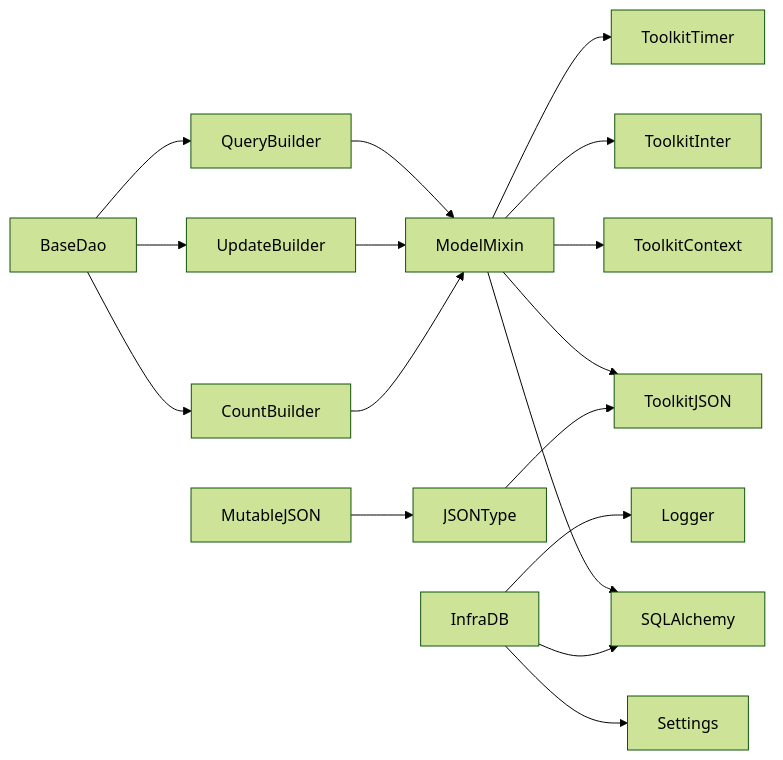
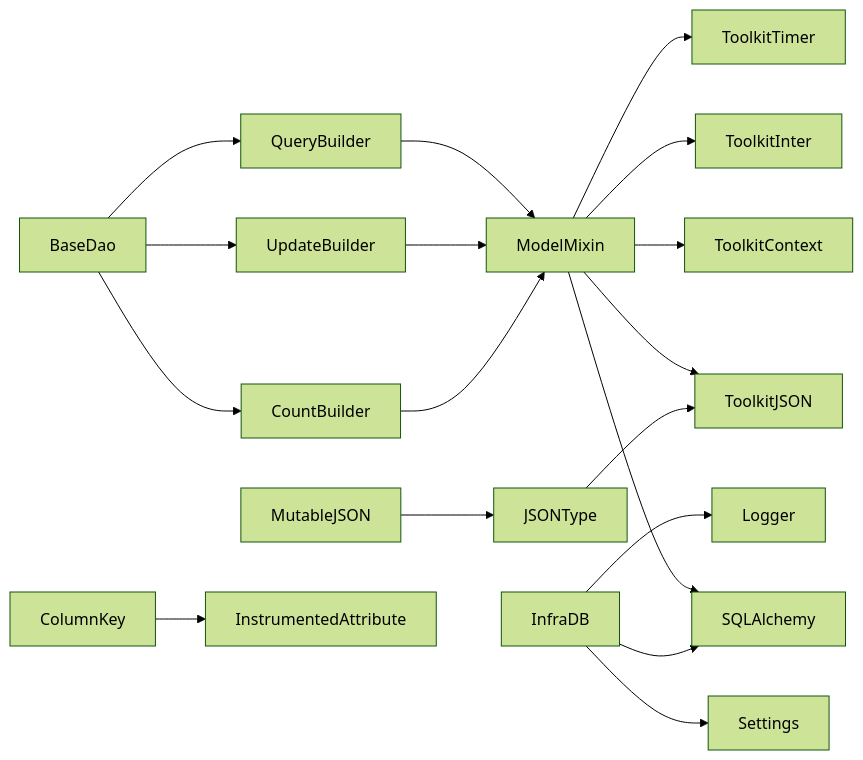
One commit to lilinzezzzzzz/fastapi-backend changed the tenth of 12 diagrams in .qoder/repowiki/zh/content/基础设施工具/数据库工具.md. Above: the diagram before and after it, drawn with Mermaid (forest theme). The commit also changed other lines of this file and 38 other files, not shown here.

````diff
--- a/.qoder/repowiki/zh/content/基础设施工具/数据库工具.md
+++ b/.qoder/repowiki/zh/content/基础设施工具/数据库工具.md
@@ -364,19 +408,20 @@
 ```mermaid
 graph LR
 ModelMixin --> SQLAlchemy
 ModelMixin --> ToolkitContext
 ModelMixin --> ToolkitInter
 ModelMixin --> ToolkitJSON
 ModelMixin --> ToolkitTimer
 QueryBuilder --> ModelMixin
 UpdateBuilder --> ModelMixin
 CountBuilder --> ModelMixin
 BaseDao --> QueryBuilder
 BaseDao --> UpdateBuilder
 BaseDao --> CountBuilder
 InfraDB --> SQLAlchemy
 InfraDB --> Settings
 InfraDB --> Logger
 JSONType --> ToolkitJSON
 MutableJSON --> JSONType
+ColumnKey --> InstrumentedAttribute
 ```
````
